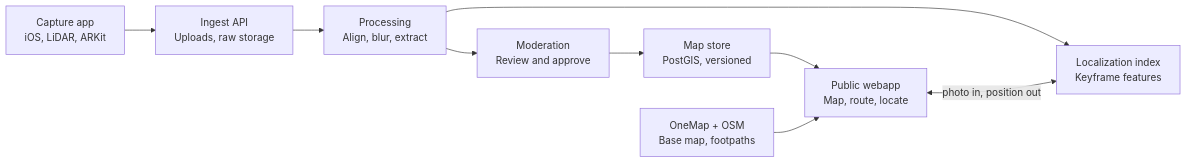
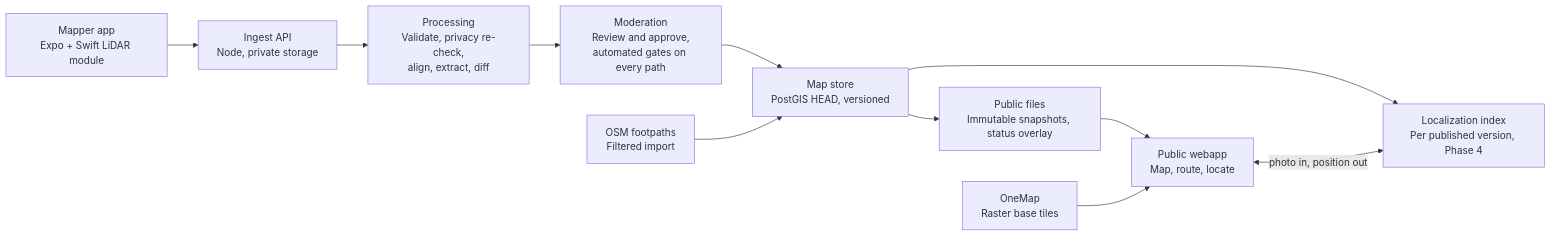
The first of 2 diagrams in docs/spec.md (zenion/underground-sg), drawn with Mermaid before and after one commit. The commit also changed other lines of this file and 15 other files, not shown here.

First line of the commit message:
Apply stack decisions to spec, ADRs, schema and backlog

````diff
--- a/docs/spec.md
+++ b/docs/spec.md
@@ -53,11 +64,13 @@
 ```mermaid
 flowchart LR
-  capture["Capture app<br/>iOS, LiDAR, ARKit"] --> ingest["Ingest API<br/>Uploads, raw storage"]
-  ingest --> processing["Processing<br/>Align, blur, extract"]
-  processing --> moderation["Moderation<br/>Review and approve"]
-  processing --> locindex["Localization index<br/>Keyframe features"]
-  moderation --> mapstore["Map store<br/>PostGIS, versioned"]
-  mapstore --> webapp["Public webapp<br/>Map, route, locate"]
-  base["OneMap + OSM<br/>Base map, footpaths"] --> webapp
+  capture["Mapper app<br/>Expo + Swift LiDAR module"] --> ingest["Ingest API<br/>Node, private storage"]
+  ingest --> processing["Processing<br/>Validate, privacy re-check,<br/>align, extract, diff"]
+  processing --> moderation["Moderation<br/>Review and approve,<br/>automated gates on every path"]
+  moderation --> mapstore["Map store<br/>PostGIS HEAD, versioned"]
+  osm["OSM footpaths<br/>Filtered import"] --> mapstore
+  mapstore --> files["Public files<br/>Immutable snapshots, status overlay"]
+  mapstore --> locindex["Localization index<br/>Per published version, Phase 4"]
+  files --> webapp["Public webapp<br/>Map, route, locate"]
+  onemap["OneMap<br/>Raster base tiles"] --> webapp
   webapp <-->|photo in, position out| locindex
 ```
````
